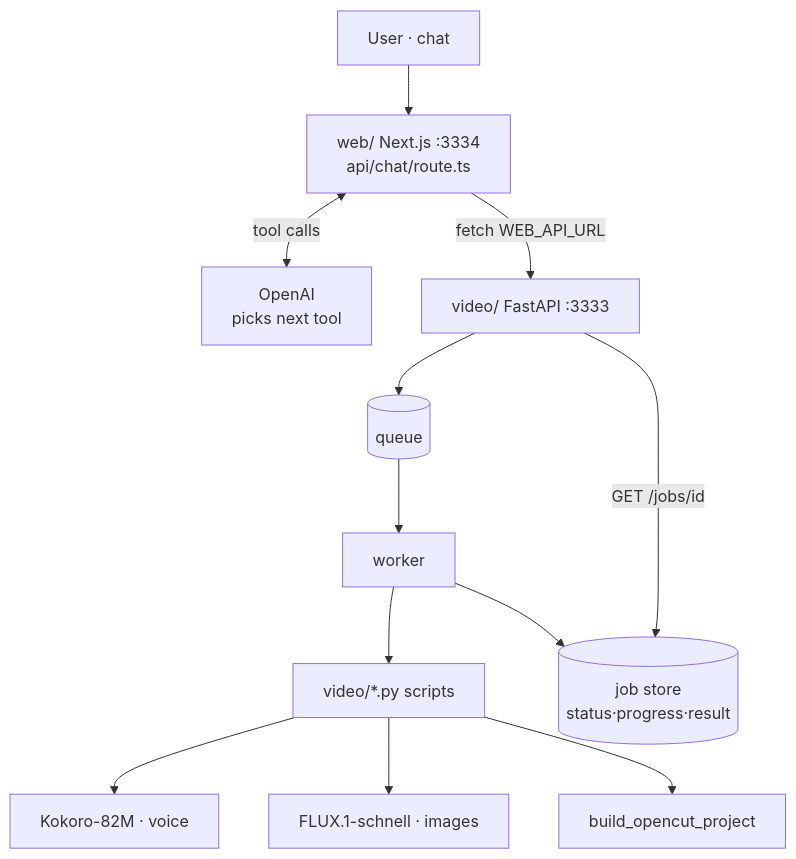
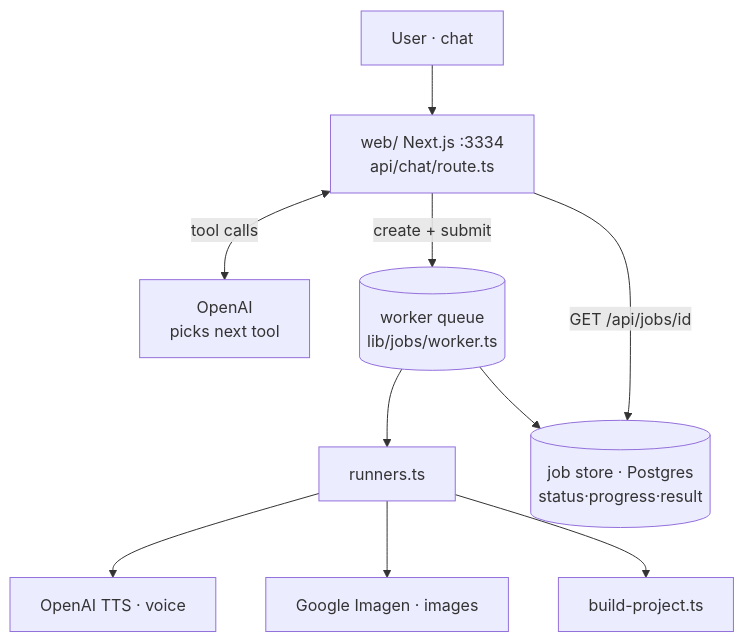
One commit to quochuydev/agent-chat changed the diagram in docs/architecture/README.md. Above: the diagram before and after it, drawn with Mermaid. The commit also changed other lines of this file and 89 other files, not shown here.

````diff
--- a/docs/architecture/README.md
+++ b/docs/architecture/README.md
@@ -23,13 +24,12 @@
 ```mermaid
 flowchart TD
     U[User · chat] --> R[web/ Next.js :3334<br/>api/chat/route.ts]
     R <-->|tool calls| L[OpenAI<br/>picks next tool]
-    R -->|fetch WEB_API_URL| F[video/ FastAPI :3333]
-    F --> Q[(queue)] --> W[worker]
-    W --> P[video/*.py scripts]
-    P --> K[Kokoro-82M · voice]
-    P --> X[FLUX.1-schnell · images]
-    P --> B[build_opencut_project]
-    W --> J[(job store<br/>status·progress·result)]
-    F -->|GET /jobs/id| J
+    R -->|create + submit| Q[(worker queue<br/>lib/jobs/worker.ts)]
+    Q --> RN[runners.ts]
+    RN --> K[OpenAI TTS · voice]
+    RN --> X[Google Imagen · images]
+    RN --> B[build-project.ts]
+    Q --> J[(job store · Postgres<br/>status·progress·result)]
+    R -->|GET /api/jobs/id| J
 ```
````
